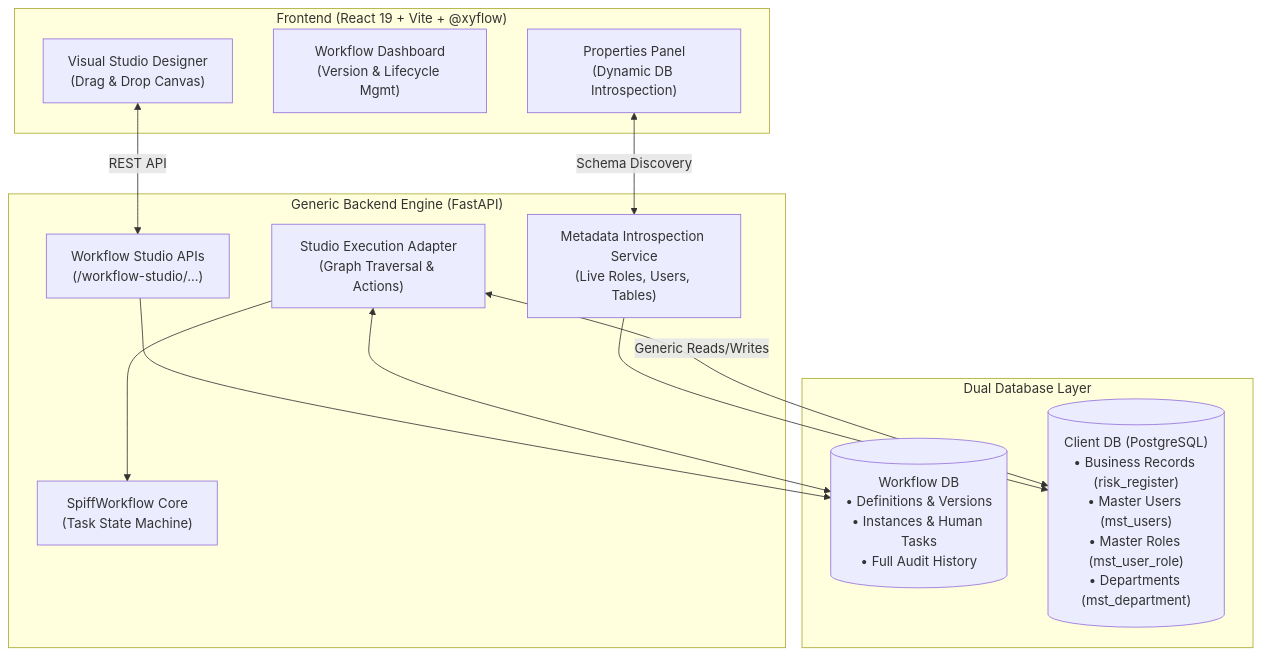
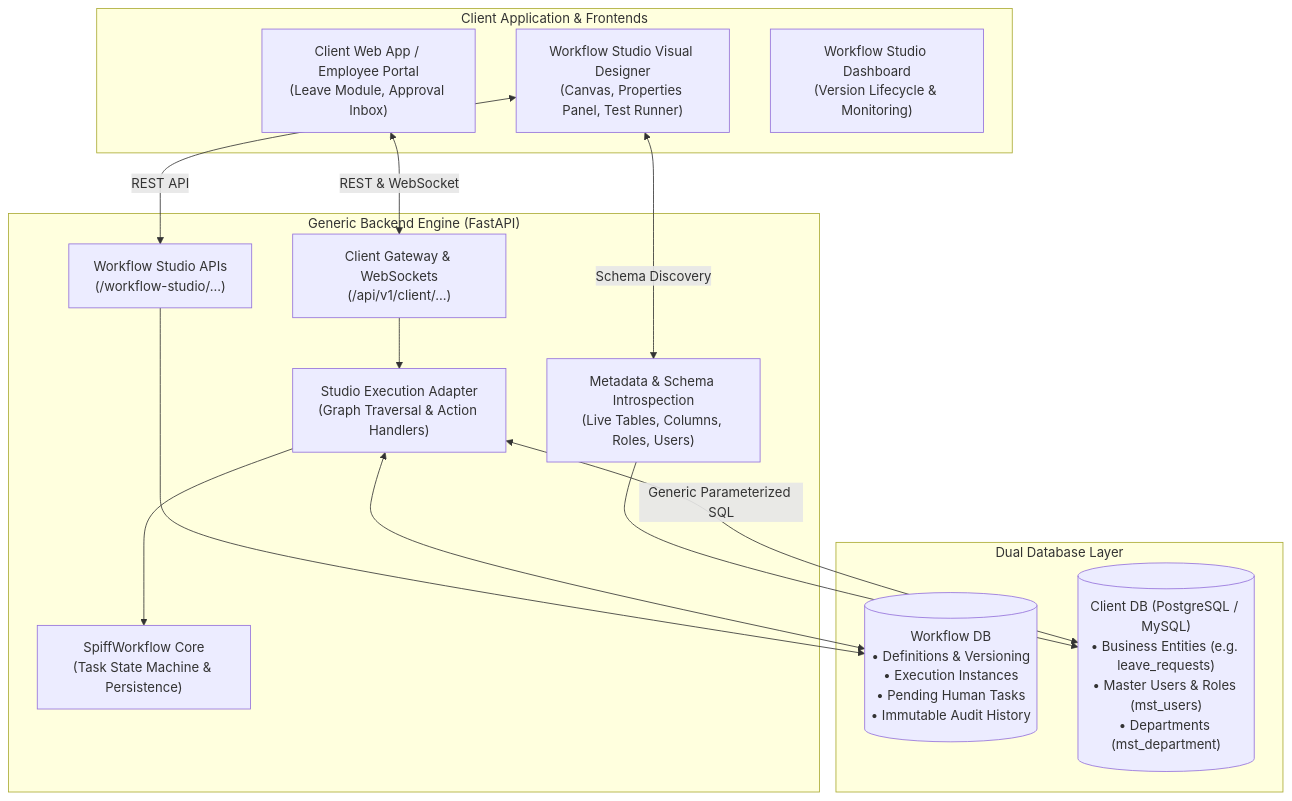
The diagram in README.md (jasminbabariya22-eng/WorkFlow-Automation), drawn with Mermaid before and after one commit. The commit also changed other lines of this file, not shown here.

````diff
--- a/README.md
+++ b/README.md
@@ -23,28 +25,31 @@
 ```mermaid
 flowchart TD
-    subgraph Frontend["Frontend (React 19 + Vite + @xyflow)"]
-        UI_Designer["Visual Studio Designer\n(Drag & Drop Canvas)"]
-        UI_Dashboard["Workflow Dashboard\n(Version & Lifecycle Mgmt)"]
-        UI_Props["Properties Panel\n(Dynamic DB Introspection)"]
+    subgraph ClientLayer["Client Application & Frontends"]
+        Client_App["Client Web App / Employee Portal\n(Leave Module, Approval Inbox)"]
+        UI_Designer["Workflow Studio Visual Designer\n(Canvas, Properties Panel, Test Runner)"]
+        UI_Dashboard["Workflow Studio Dashboard\n(Version Lifecycle & Monitoring)"]
     end
 
-    subgraph Backend["Generic Backend Engine (FastAPI)"]
+    subgraph BackendEngine["Generic Backend Engine (FastAPI)"]
+        API_Gateway["Client Gateway & WebSockets\n(/api/v1/client/...)"]
         API_Studio["Workflow Studio APIs\n(/workflow-studio/...)"]
-        API_Meta["Metadata Introspection Service\n(Live Roles, Users, Tables)"]
-        Engine_Adapter["Studio Execution Adapter\n(Graph Traversal & Actions)"]
-        Engine_Spiff["SpiffWorkflow Core\n(Task State Machine)"]
+        API_Meta["Metadata & Schema Introspection\n(Live Tables, Columns, Roles, Users)"]
+        Engine_Adapter["Studio Execution Adapter\n(Graph Traversal & Action Handlers)"]
+        Engine_Spiff["SpiffWorkflow Core\n(Task State Machine & Persistence)"]
     end
 
     subgraph Databases["Dual Database Layer"]
-        DB_Workflow[("Workflow DB\n• Definitions & Versions\n• Instances & Human Tasks\n• Full Audit History")]
-        DB_Client[("Client DB (PostgreSQL)\n• Business Records (risk_register)\n• Master Users (mst_users)\n• Master Roles (mst_user_role)\n• Departments (mst_department)")]
+        DB_Workflow[("Workflow DB\n• Definitions & Versioning\n• Execution Instances\n• Pending Human Tasks\n• Immutable Audit History")]
+        DB_Client[("Client DB (PostgreSQL / MySQL)\n• Business Entities (e.g. leave_requests)\n• Master Users & Roles (mst_users)\n• Departments (mst_department)")]
     end
 
+    Client_App <-->|REST & WebSocket| API_Gateway
     UI_Designer <-->|REST API| API_Studio
-    UI_Props <-->|Schema Discovery| API_Meta
+    UI_Designer <-->|Schema Discovery| API_Meta
+    API_Gateway --> Engine_Adapter
     API_Studio --> DB_Workflow
     API_Meta --> DB_Client
     Engine_Adapter --> Engine_Spiff
     Engine_Adapter <--> DB_Workflow
-    Engine_Adapter <-->|Generic Reads/Writes| DB_Client
+    Engine_Adapter <-->|Generic Parameterized SQL| DB_Client
 ```
````
